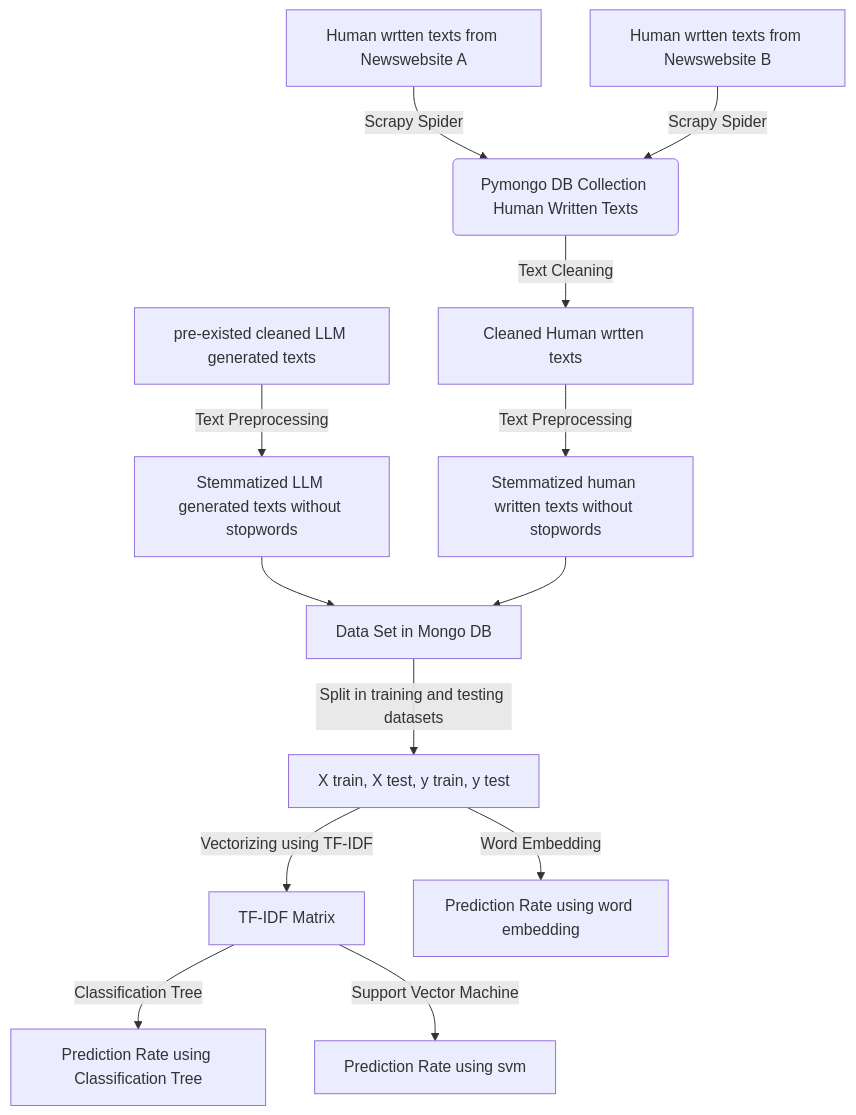
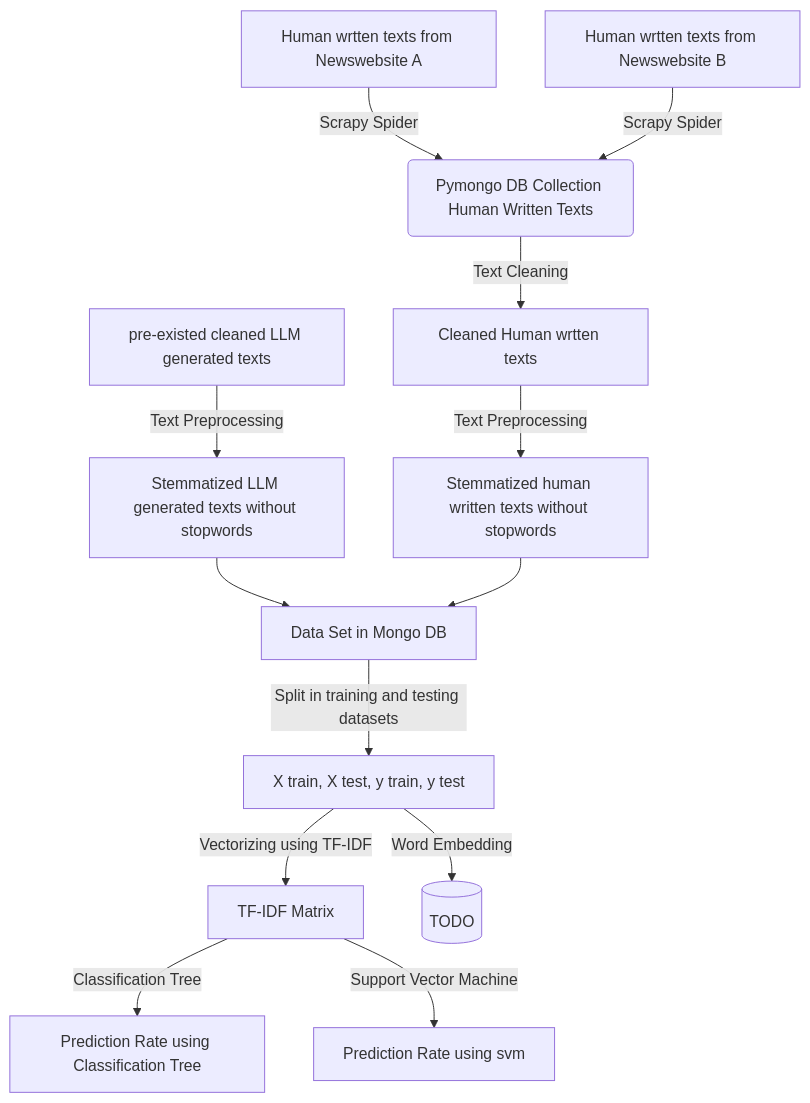
The diagram in README.md (fangyichen-project/project-ai-text-detector), drawn with Mermaid before and after one commit.

````diff
--- a/README.md
+++ b/README.md
@@ -4,15 +4,15 @@
 ```mermaid
   flowchart TD
     A[Human wrtten texts from Newswebsite A] -->|Scrapy Spider| B(Pymongo DB Collection Human Written Texts)
     C[Human wrtten texts from Newswebsite B]-->|Scrapy Spider| B(Pymongo DB Collection Human Written Texts)
     B-->|Text Cleaning|D[Cleaned Human wrtten texts]
     D-->|Text Preprocessing|E[Stemmatized human written texts without stopwords]
     F[pre-existed cleaned LLM generated texts] -->|Text Preprocessing|G[Stemmatized LLM generated texts without stopwords]
     G-->H[Data Set in Mongo DB]
     E-->H[Data Set in Mongo DB]
     H-->|Split in training and testing datasets|I[X train, X test, y train, y test]
     I-->|Vectorizing using TF-IDF|J[TF-IDF Matrix]
     J-->|Classification Tree|K[Prediction Rate using Classification Tree] 
     J-->|Support Vector Machine|L[Prediction Rate using svm]
-    I-->|Word Embedding|M[Prediction Rate using word embedding] 
+    I-->|Word Embedding|M[(TODO)] 
 ```
````
